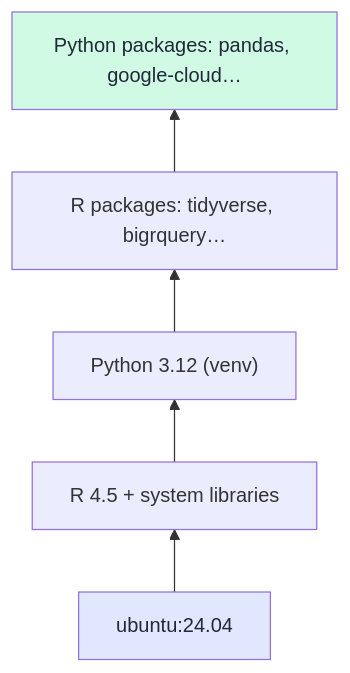
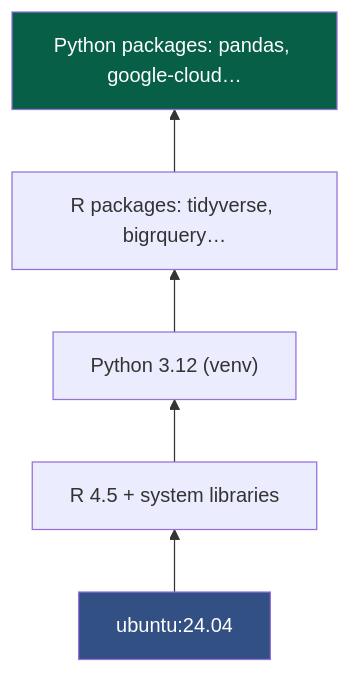
One commit to Ch3w3y/docker_gcp changed the fifth of 8 diagrams in docs/docker-containers.md. Above: the diagram before and after it, drawn with Mermaid. The commit also changed other lines of this file and 8 other files, not shown here.

First line of the commit message:
fix(a11y): replace all pastel Mermaid fills with PHW-aligned semantic palette

````diff
--- a/docs/docker-containers.md
+++ b/docs/docker-containers.md
@@ -195,13 +195,13 @@
 ```mermaid
 flowchart BT
     L1["ubuntu:24.04"]
     L2["R 4.5 + system libraries"]
     L3["Python 3.12 (venv)"]
     L4["R packages: tidyverse, bigrquery…"]
     L5["Python packages: pandas, google-cloud…"]
 
     L1 --> L2 --> L3 --> L4 --> L5
 
-    style L1 fill:#e0e7ff,color:#1f2937
-    style L5 fill:#d1fae5,color:#1f2937
+    style L1 fill:#325083,color:#ffffff
+    style L5 fill:#065f46,color:#ffffff
 ```
````
